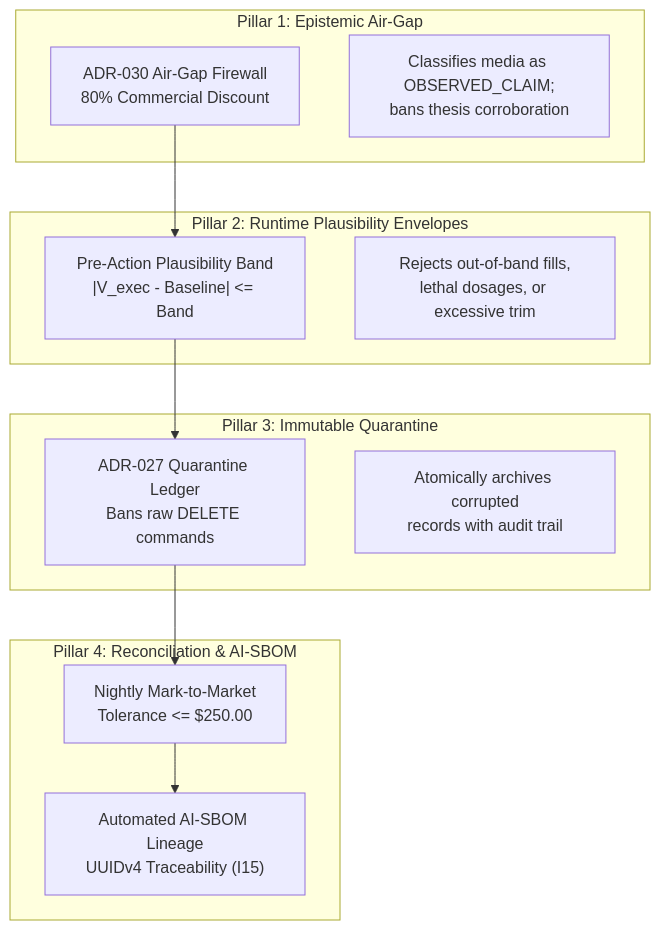
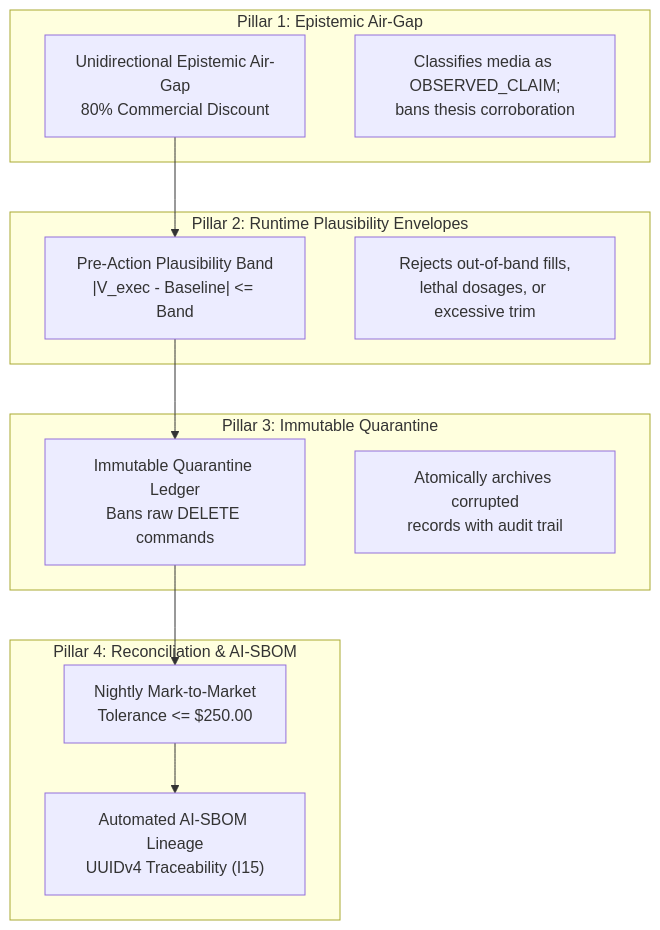
Before and after one commit to bdchang403/AI_Software_Foundations: the diagram in 06_security_and_compliance/README.md, drawn with Mermaid. The commit also changed other lines of this file and 41 other files, not shown here.

First line of the commit message:
feat(orchestration-and-flow): complete enterprise curriculum integration and guardrail expansion

````diff
--- a/06_security_and_compliance/README.md
+++ b/06_security_and_compliance/README.md
@@ -32,27 +32,27 @@
 ```mermaid
 flowchart TD
     subgraph P1["Pillar 1: Epistemic Air-Gap"]
-        AirGap["ADR-030 Air-Gap Firewall<br/>80% Commercial Discount"]
+        AirGap["Unidirectional Epistemic Air-Gap<br/>80% Commercial Discount"]
         Narrative["Classifies media as OBSERVED_CLAIM;<br/>bans thesis corroboration"]
     end
 
     subgraph P2["Pillar 2: Runtime Plausibility Envelopes"]
         Plaus["Pre-Action Plausibility Band<br/>|V_exec - Baseline| <= Band"]
         Clamps["Rejects out-of-band fills,<br/>lethal dosages, or excessive trim"]
     end
 
     subgraph P3["Pillar 3: Immutable Quarantine"]
-        Quar["ADR-027 Quarantine Ledger<br/>Bans raw DELETE commands"]
+        Quar["Immutable Quarantine Ledger<br/>Bans raw DELETE commands"]
         Migrate["Atomically archives corrupted<br/>records with audit trail"]
     end
 
     subgraph P4["Pillar 4: Reconciliation & AI-SBOM"]
         Reconcile["Nightly Mark-to-Market<br/>Tolerance <= $250.00"]
         SBOM["Automated AI-SBOM Lineage<br/>UUIDv4 Traceability (I15)"]
     end
 
     AirGap --> Plaus
     Plaus --> Quar
     Quar --> Reconcile
     Reconcile --> SBOM
 ```
````
